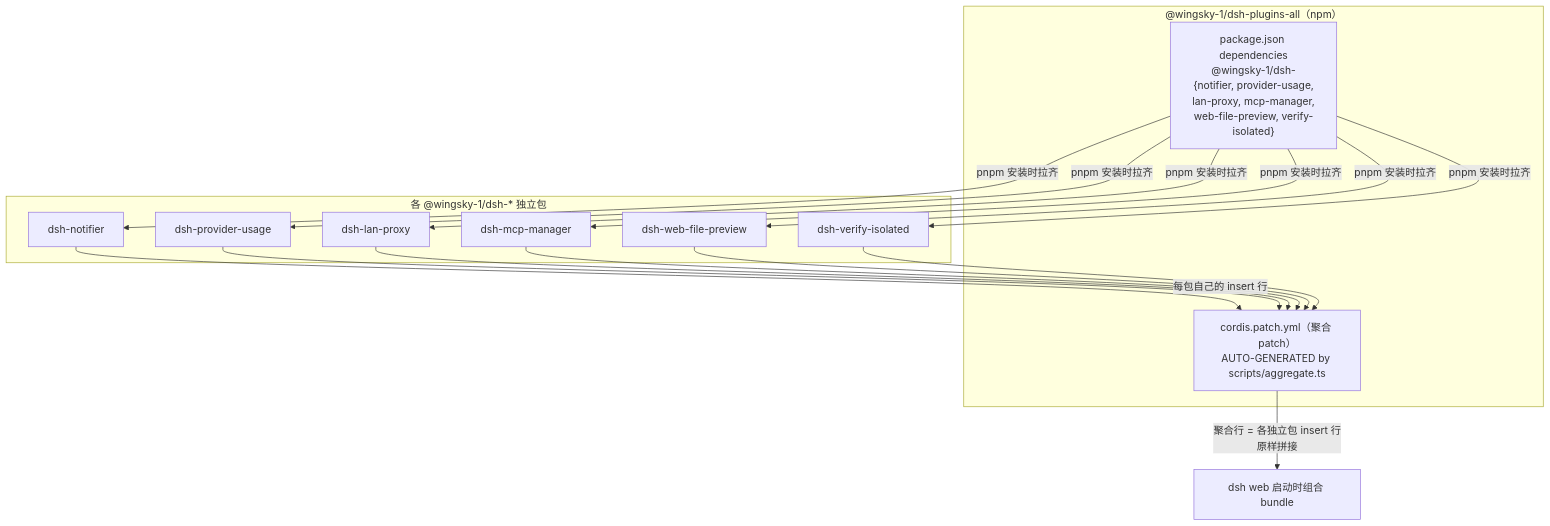
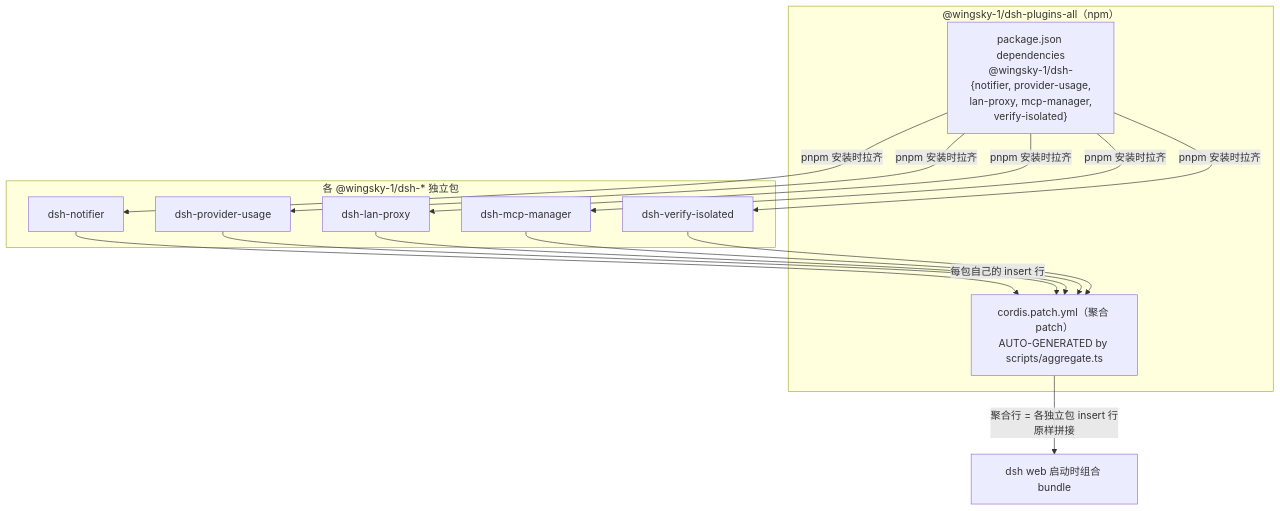
The diagram in docs/architecture/dsh-plugins-all.md (wingsky-1/dsh-plugin-hub), drawn with Mermaid before and after one commit. The commit also changed other lines of this file and 79 other files, not shown here.

First line of the commit message:
chore(retire): 退役 dsh-web-file-preview——官方 0.1.6 接管提及点击后仅剩显式外开入口（#840）

````diff
--- a/docs/architecture/dsh-plugins-all.md
+++ b/docs/architecture/dsh-plugins-all.md
@@ -13,25 +13,23 @@
 ```mermaid
 flowchart TD
     subgraph npm["@wingsky-1/dsh-plugins-all（npm）"]
-        DEPS["package.json dependencies<br/>@wingsky-1/dsh-{notifier, provider-usage,<br/>lan-proxy, mcp-manager,<br/>web-file-preview, verify-isolated}"]
+        DEPS["package.json dependencies<br/>@wingsky-1/dsh-{notifier, provider-usage,<br/>lan-proxy, mcp-manager,<br/>verify-isolated}"]
         PATCH["cordis.patch.yml（聚合 patch）<br/>AUTO-GENERATED by scripts/aggregate.ts"]
     end
 
     subgraph 独立包["各 @wingsky-1/dsh-* 独立包"]
         P1["dsh-notifier"]
         P2["dsh-provider-usage"]
         P3["dsh-lan-proxy"]
         P4["dsh-mcp-manager"]
-        P5["dsh-web-file-preview"]
-        P6["dsh-verify-isolated"]
+        P5["dsh-verify-isolated"]
     end
 
-    DEPS -->|"pnpm 安装时拉齐"| P1 & P2 & P3 & P4 & P5 & P6
+    DEPS -->|"pnpm 安装时拉齐"| P1 & P2 & P3 & P4 & P5
     PATCH -->|"聚合行 = 各独立包 insert 行原样拼接"| LOADER["dsh web 启动时组合 bundle"]
     P1 -->|"每包自己的 insert 行"| PATCH
     P2 --> PATCH
     P3 --> PATCH
     P4 --> PATCH
     P5 --> PATCH
-    P6 --> PATCH
 ```
````
